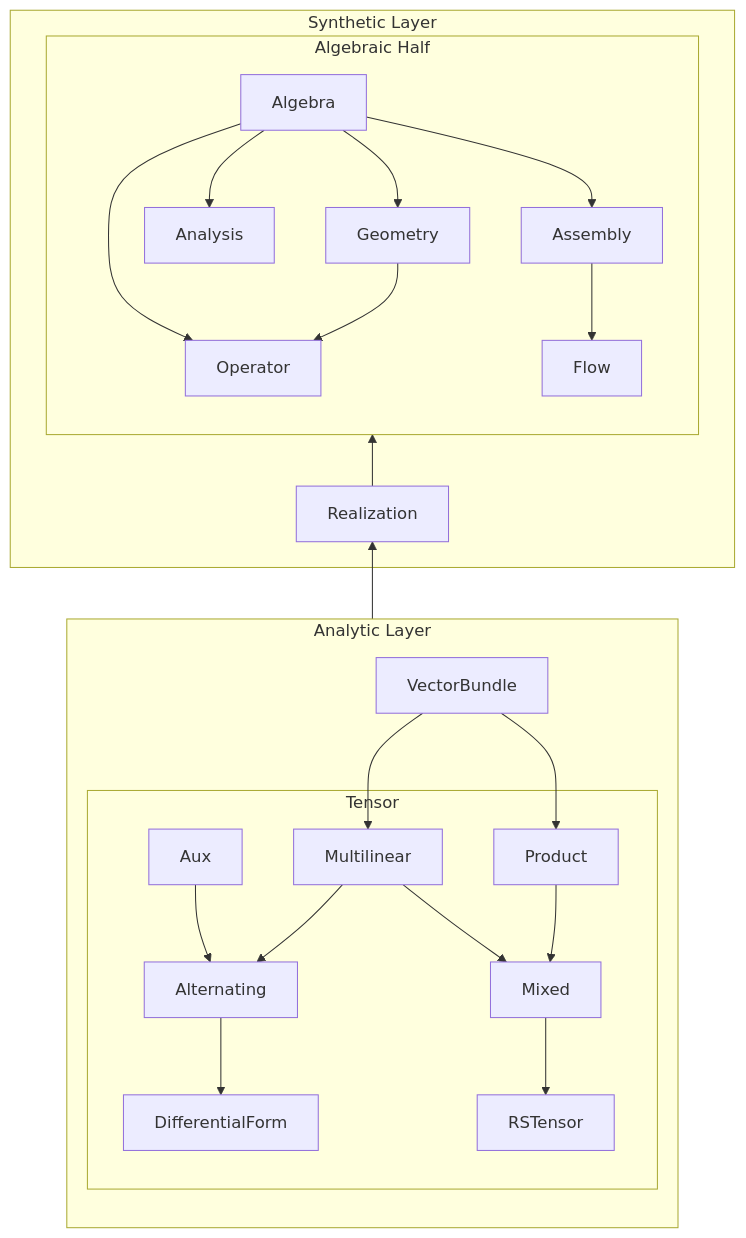
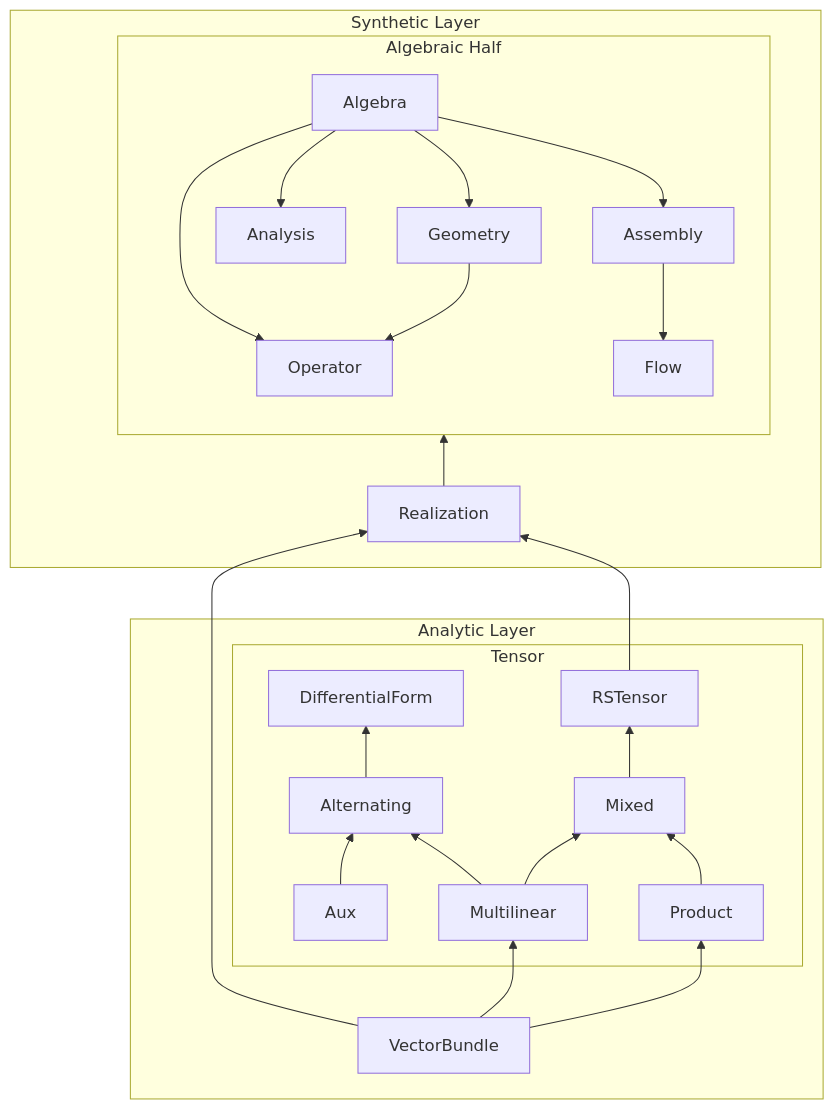
One commit to liao9yuan/differential-geometry changed the diagram in README.md. Above: the diagram before and after it, drawn with Mermaid.

Commit message:
update mermaid graph

````diff
--- a/README.md
+++ b/README.md
@@ -7,49 +7,50 @@
 ```mermaid
 flowchart BT
     subgraph AnalyticLayer [Analytic Layer]
         DirVB[VectorBundle]
 
         subgraph Tensor [Tensor]
             DirAux[Aux]
             DirMultilinear[Multilinear]
             DirProduct[Product]
             DirMixed[Mixed]
             DirAlt[Alternating]
             DirDiffForm[DifferentialForm]
             DirRSB[RSTensor]
 
             DirAux --> DirAlt
             DirMultilinear --> DirAlt
             DirMultilinear --> DirMixed
             DirProduct --> DirMixed
             DirAlt --> DirDiffForm
             DirMixed --> DirRSB
         end
 
         DirVB --> DirMultilinear
         DirVB --> DirProduct
     end
 
     subgraph SyntheticLayer [Synthetic Layer]
         subgraph AlgHalf ["Algebraic Half"]
             DirAlg[Algebra]
             DirGeom[Geometry]
             DirOp[Operator]
             DirAna[Analysis]
             DirAsm[Assembly]
             DirFlow[Flow]
 
             DirAlg --> DirGeom
             DirAlg --> DirOp
             DirGeom --> DirOp
             DirAlg --> DirAna
             DirAlg --> DirAsm
             DirAsm --> DirFlow
         end
 
         DirReal[Realization]
         DirReal --> AlgHalf
     end
 
-    AnalyticLayer --> DirReal
+    DirVB --> DirReal
+    DirRSB --> DirReal
 ```
````
